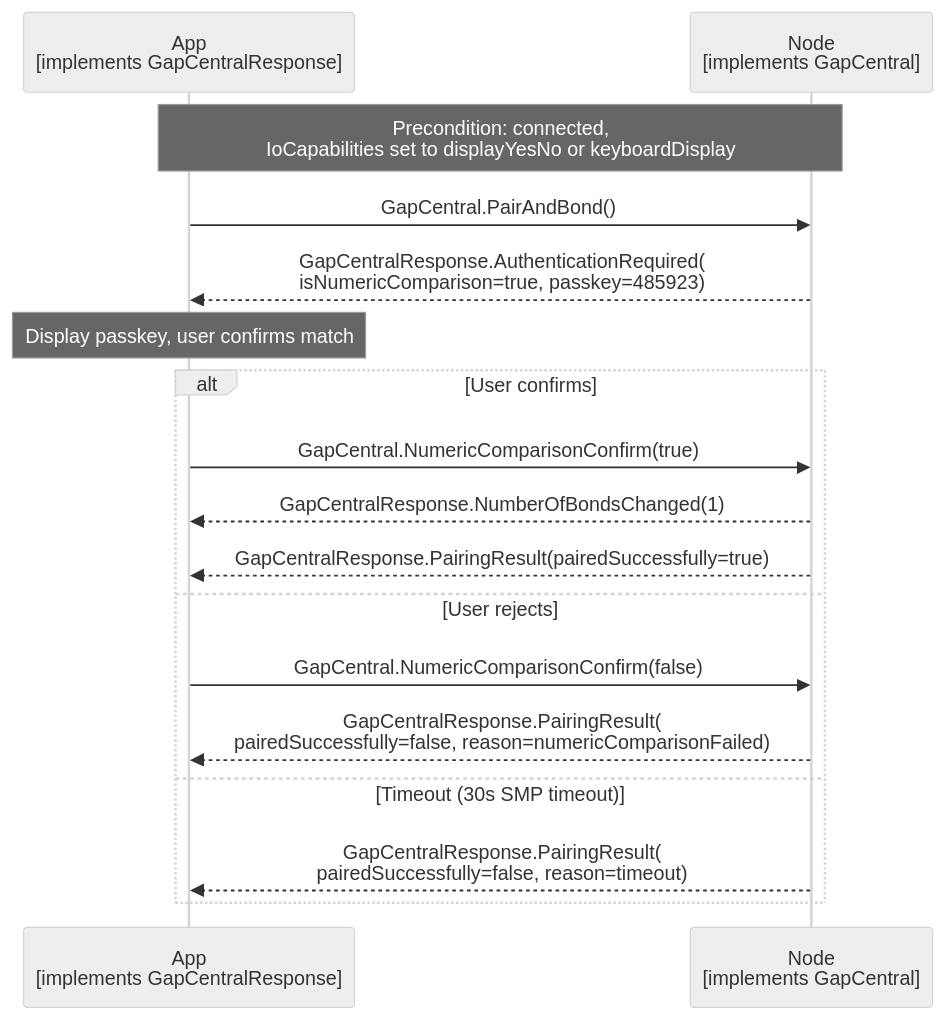
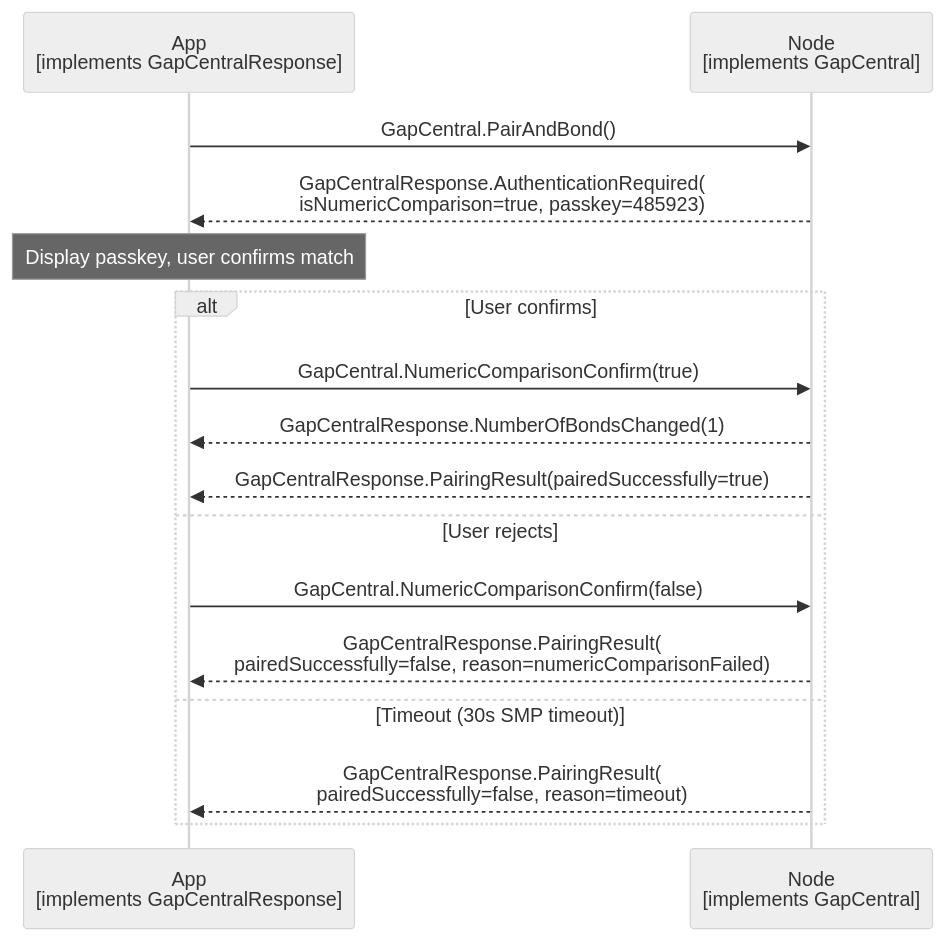
Before and after one commit to philips-software/amp-embedded-infra-lib: the diagram in documents/modules/ROOT/partials/echoservices/gap_central/GapCentral_NumericComparison_sequence.mmd, drawn with Mermaid (neutral theme). The commit also changed 28 other files, not shown here.

```diff
--- a/documents/modules/ROOT/partials/echoservices/gap_central/GapCentral_NumericComparison_sequence.mmd
+++ b/documents/modules/ROOT/partials/echoservices/gap_central/GapCentral_NumericComparison_sequence.mmd
@@ -1,21 +1,19 @@
 sequenceDiagram
     participant App as App<br>[implements GapCentralResponse]
     participant Node as Node<br>[implements GapCentral]
-
-    Note over App, Node: Precondition: connected,<br>IoCapabilities set to displayYesNo or keyboardDisplay
 
     App->>Node: GapCentral.PairAndBond()
     Node-->>App: GapCentralResponse.AuthenticationRequired(<br>isNumericComparison=true, passkey=485923)
 
     Note over App: Display passkey, user confirms match
 
     alt User confirms
         App->>Node: GapCentral.NumericComparisonConfirm(true)
         Node-->>App: GapCentralResponse.NumberOfBondsChanged(1)
         Node-->>App: GapCentralResponse.PairingResult(pairedSuccessfully=true)
     else User rejects
         App->>Node: GapCentral.NumericComparisonConfirm(false)
         Node-->>App: GapCentralResponse.PairingResult(<br>pairedSuccessfully=false, reason=numericComparisonFailed)
     else Timeout (30s SMP timeout)
         Node-->>App: GapCentralResponse.PairingResult(<br>pairedSuccessfully=false, reason=timeout)
     end
```
